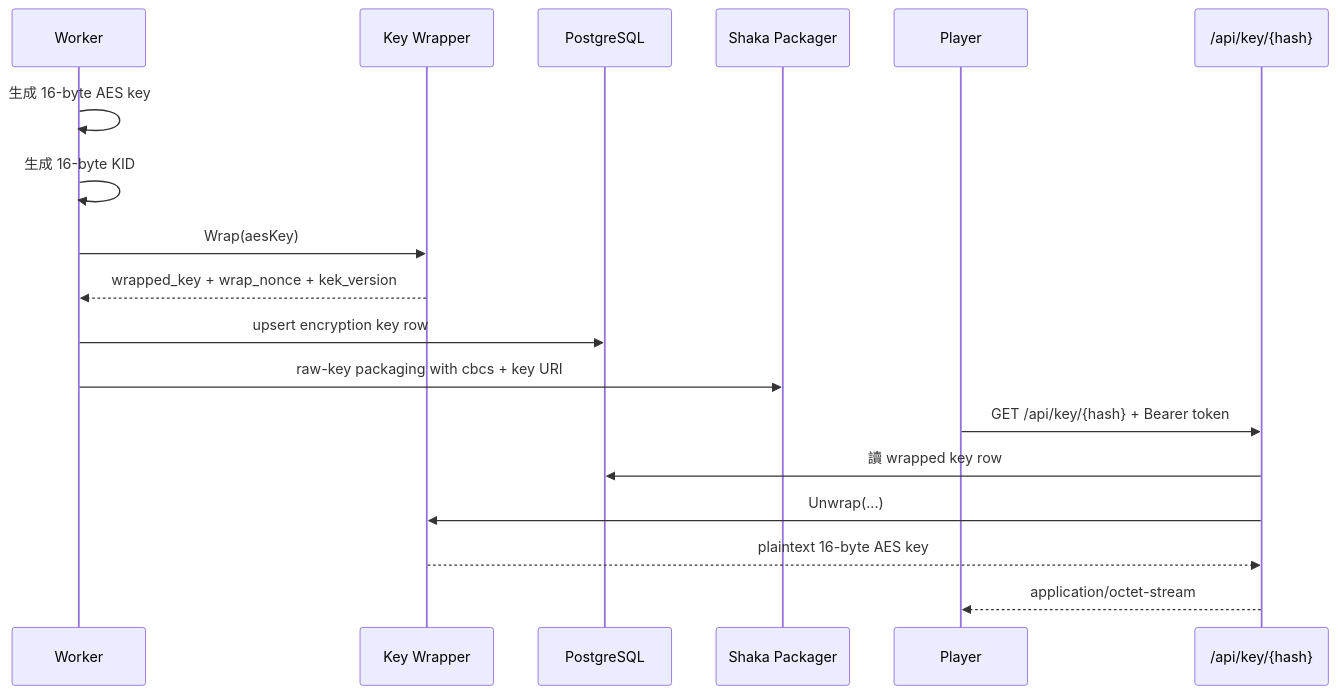
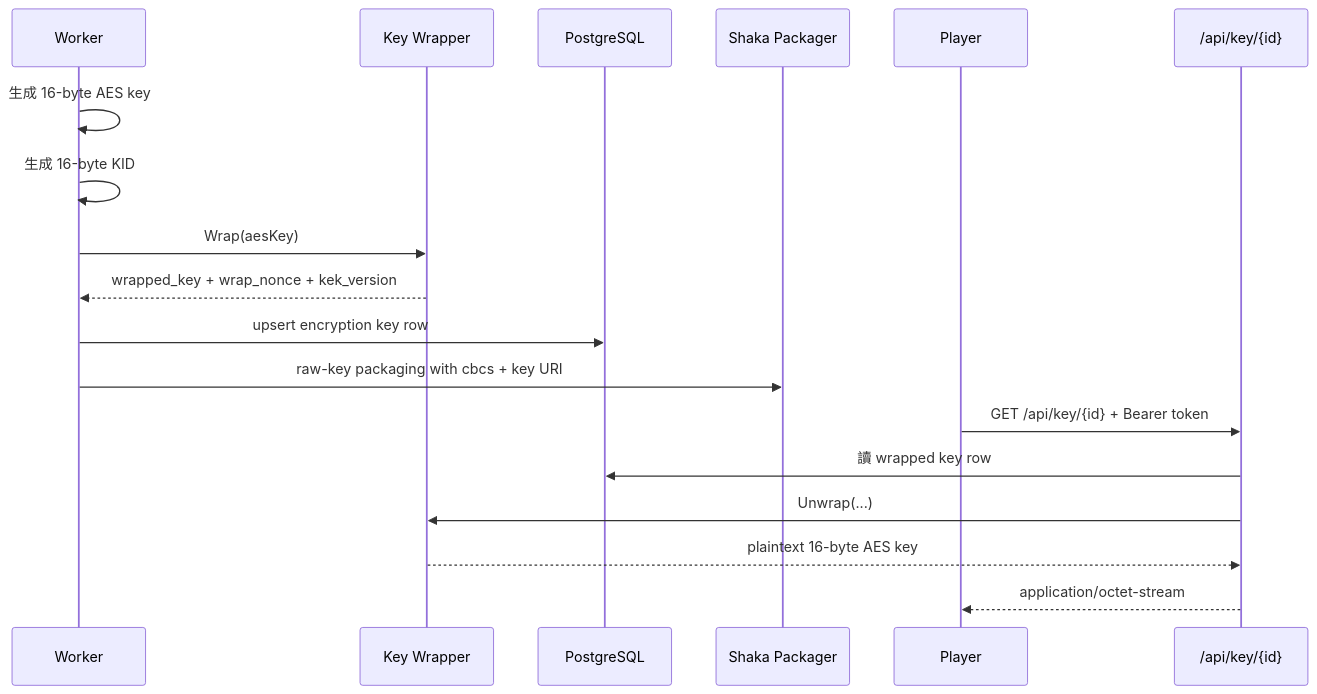
One commit to carry0987/Vylux changed the diagram in i18n/zh-TW/docusaurus-plugin-content-docs/current/media/encrypted-streaming.md. Above: the diagram before and after it, drawn with Mermaid. The commit also changed other lines of this file and 26 other files, not shown here.

````diff
--- a/i18n/zh-TW/docusaurus-plugin-content-docs/current/media/encrypted-streaming.md
+++ b/i18n/zh-TW/docusaurus-plugin-content-docs/current/media/encrypted-streaming.md
@@ -26,21 +27,21 @@
 ```mermaid
 sequenceDiagram
   participant Worker
   participant Wrapper as Key Wrapper
   participant PG as PostgreSQL
   participant Packager as Shaka Packager
   participant Player
-  participant KeyAPI as /api/key/{hash}
+  participant KeyAPI as /api/key/{id}
 
   Worker->>Worker: 生成 16-byte AES key
   Worker->>Worker: 生成 16-byte KID
   Worker->>Wrapper: Wrap(aesKey)
   Wrapper-->>Worker: wrapped_key + wrap_nonce + kek_version
   Worker->>PG: upsert encryption key row
   Worker->>Packager: raw-key packaging with cbcs + key URI
-  Player->>KeyAPI: GET /api/key/{hash} + Bearer token
+  Player->>KeyAPI: GET /api/key/{id} + Bearer token
   KeyAPI->>PG: 讀 wrapped key row
   KeyAPI->>Wrapper: Unwrap(...)
   Wrapper-->>KeyAPI: plaintext 16-byte AES key
   KeyAPI-->>Player: application/octet-stream
 ```
````
